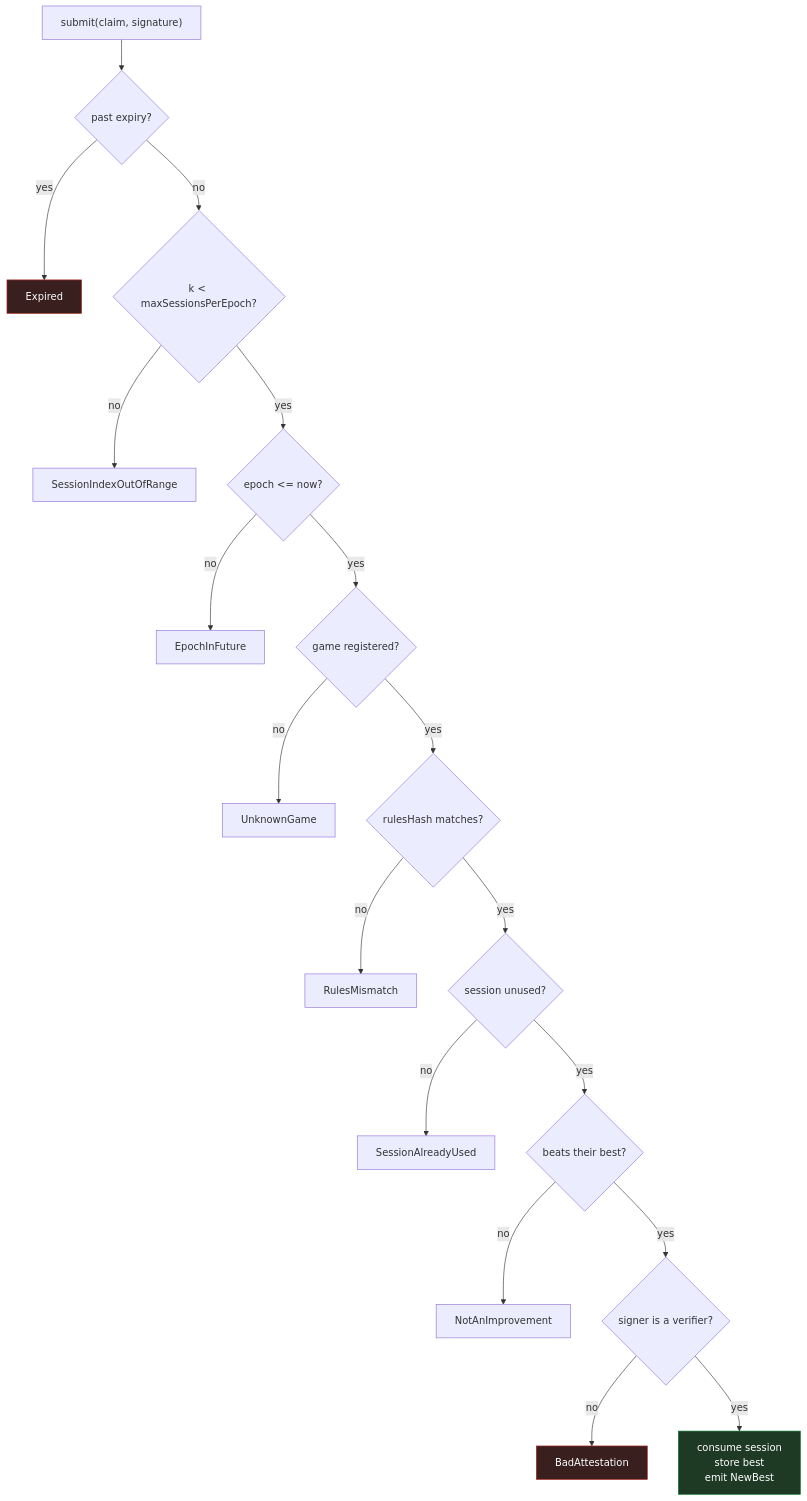
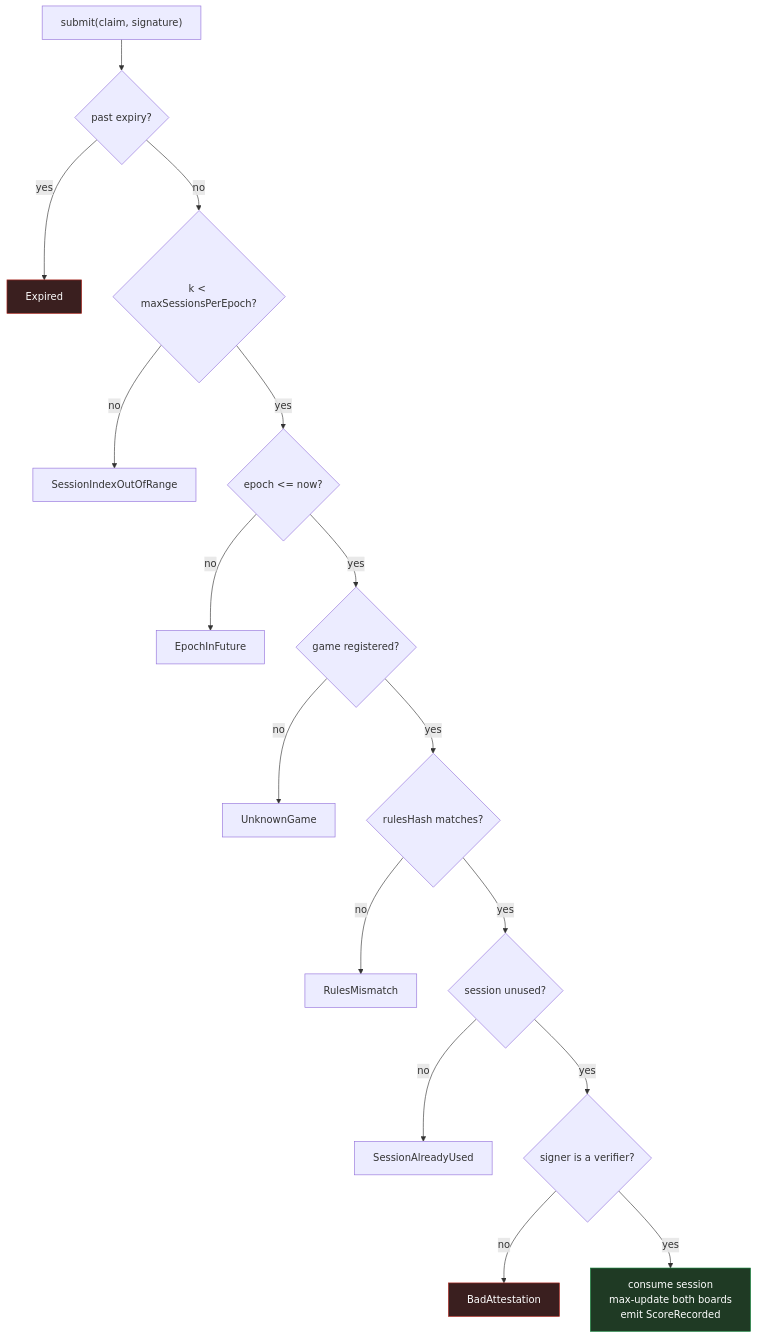
The third of 11 diagrams in docs/DEVELOPER-GUIDE.md (darwinsubramaniam/rainbow-polkadot), drawn with Mermaid before and after one commit. The commit also changed other lines of this file and 49 other files, not shown here.

First line of the commit message:
Add daily boards, and pin the SDK so a score can actually land

````diff
--- a/docs/DEVELOPER-GUIDE.md
+++ b/docs/DEVELOPER-GUIDE.md
@@ -143,24 +162,22 @@
 ```mermaid
 flowchart TD
     S["submit(claim, signature)"] --> E1{"past expiry?"}
     E1 -->|yes| X1["Expired"]
     E1 -->|no| E2{"k &lt; maxSessionsPerEpoch?"}
     E2 -->|no| X2["SessionIndexOutOfRange"]
     E2 -->|yes| E3{"epoch &lt;= now?"}
     E3 -->|no| X3["EpochInFuture"]
     E3 -->|yes| E4{"game registered?"}
     E4 -->|no| X4["UnknownGame"]
     E4 -->|yes| E5{"rulesHash matches?"}
     E5 -->|no| X5["RulesMismatch"]
     E5 -->|yes| E6{"session unused?"}
     E6 -->|no| X6["SessionAlreadyUsed"]
-    E6 -->|yes| E7{"beats their best?"}
-    E7 -->|no| X7["NotAnImprovement"]
-    E7 -->|yes| E8{"signer is a verifier?"}
+    E6 -->|yes| E8{"signer is a verifier?"}
     E8 -->|no| X8["BadAttestation"]
-    E8 -->|yes| OK["consume session<br/>store best<br/>emit NewBest"]
+    E8 -->|yes| OK["consume session<br/>max-update both boards<br/>emit ScoreRecorded"]
 
     style OK fill:#1f3a24,stroke:#0a7d33,color:#fff
     style X1 fill:#3a1f1f,stroke:#b3261e,color:#fff
     style X8 fill:#3a1f1f,stroke:#b3261e,color:#fff
 ```
````
